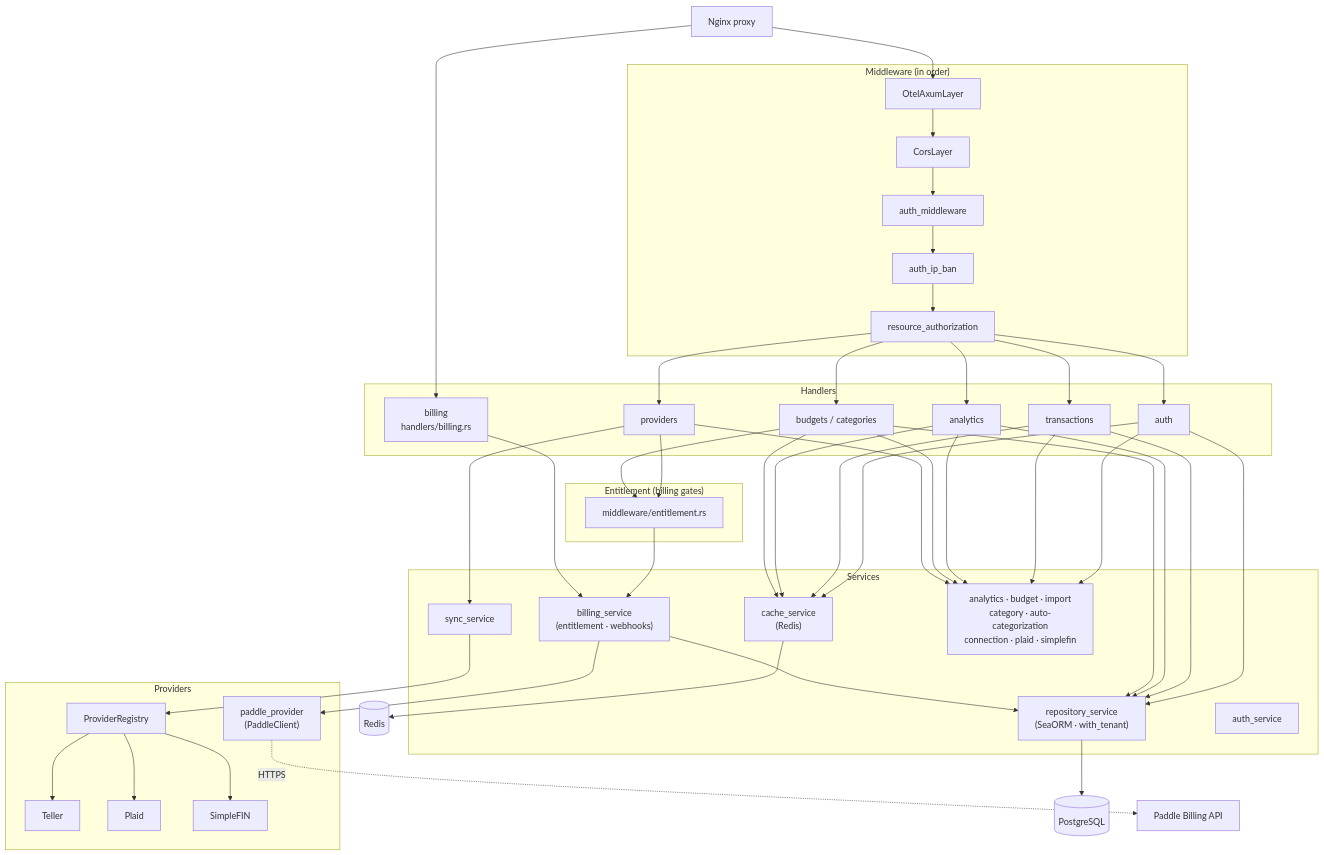
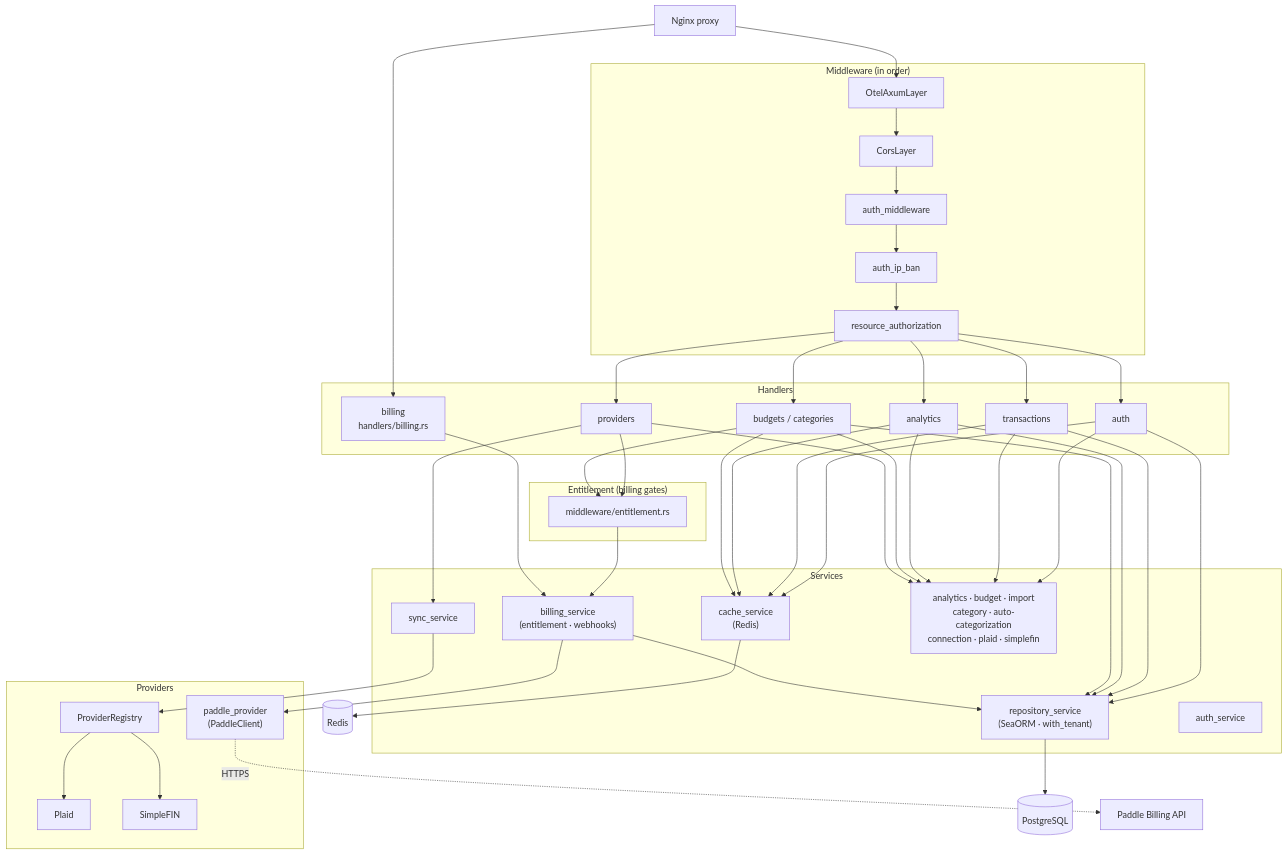
Before and after one commit to TwoBitFoundry/sumurai: the ninth of 11 diagrams in docs/ARCHITECTURE.md, drawn with Mermaid. The commit also changed other lines of this file and 90 other files, not shown here.

````diff
--- a/docs/ARCHITECTURE.md
+++ b/docs/ARCHITECTURE.md
@@ -316,57 +314,56 @@
 ```mermaid
 flowchart TD
     Nginx["Nginx proxy"]
 
     subgraph Middleware["Middleware (in order)"]
         MW1["OtelAxumLayer"]
         MW2["CorsLayer"]
         MW3["auth_middleware"]
         MW4["auth_ip_ban"]
         MW5["resource_authorization"]
     end
 
     subgraph Handlers
         H1["auth"]
         H2["transactions"]
         H3["providers"]
         H4["analytics"]
         H5["budgets / categories"]
         H6["billing\nhandlers/billing.rs"]
     end
 
     subgraph MiddlewareExt["Entitlement (billing gates)"]
         Entitlement["middleware/entitlement.rs"]
     end
 
     subgraph Services
         RepoSvc["repository_service\n(SeaORM · with_tenant)"]
         CacheSvc["cache_service\n(Redis)"]
         SyncSvc["sync_service"]
         AuthSvc["auth_service"]
         BillingSvc["billing_service\n(entitlement · webhooks)"]
         OtherSvcs["analytics · budget · import\ncategory · auto-categorization\nconnection · plaid · simplefin"]
     end
 
     subgraph Providers
         Registry["ProviderRegistry"]
-        P1["Teller"]
-        P2["Plaid"]
-        P3["SimpleFIN"]
+        P1["Plaid"]
+        P2["SimpleFIN"]
         Paddle["paddle_provider\n(PaddleClient)"]
     end
 
     Nginx --> MW1 --> MW2 --> MW3 --> MW4 --> MW5
     MW5 --> H1 & H2 & H3 & H4 & H5
     Nginx --> H6
 
     H1 & H2 & H4 & H5 --> RepoSvc & CacheSvc & OtherSvcs
     H3 --> SyncSvc & OtherSvcs
     H3 & H5 --> Entitlement
     Entitlement --> BillingSvc
     H6 --> BillingSvc
-    SyncSvc --> Registry --> P1 & P2 & P3
+    SyncSvc --> Registry --> P1 & P2
     BillingSvc --> RepoSvc & Paddle
     RepoSvc --> Postgres[("PostgreSQL")]
     CacheSvc --> Redis[("Redis")]
     Paddle -.->|"HTTPS"| PaddleAPI["Paddle Billing API"]
 ```
````
